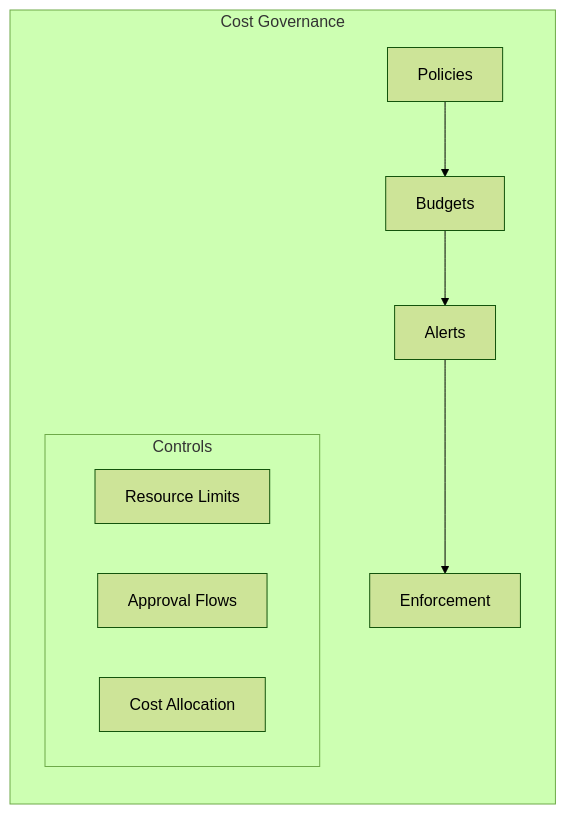
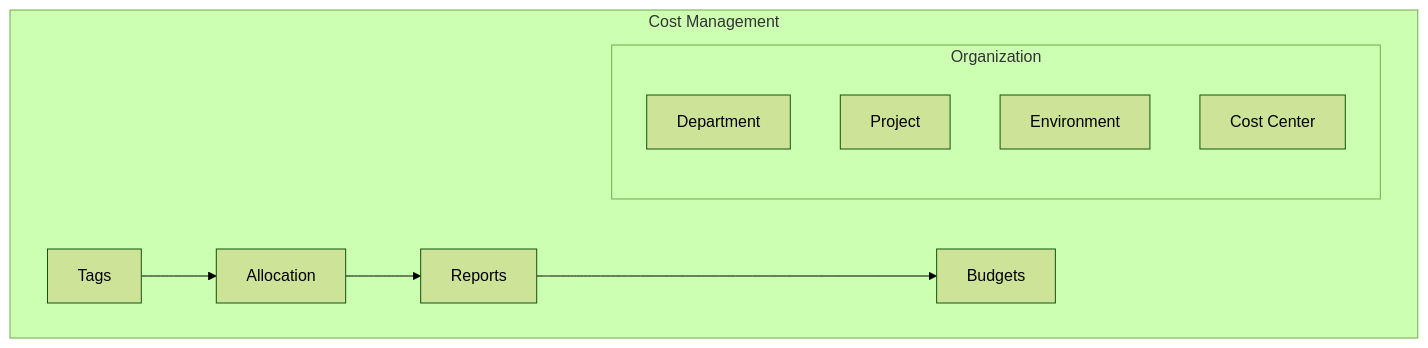
One commit to saravanakumarrc/Architecture_Journey changed the fourth of 4 diagrams in src/Cost_Optimization_Strategies.md. Above: the diagram before and after it, drawn with Mermaid (forest theme). The commit also changed other lines of this file and 3 other files, not shown here.

````diff
--- a/src/Cost_Optimization_Strategies.md
+++ b/src/Cost_Optimization_Strategies.md
@@ -247,16 +246,15 @@
 ```mermaid
 graph TB
-    subgraph "Cost Governance"
-        direction TB
+    subgraph "Cost Management"
+        T[Tags] --> A[Allocation]
+        A --> R[Reports]
+        R --> B[Budgets]
         
-        P[Policies] --> B[Budgets]
-        B --> A[Alerts]
-        A --> E[Enforcement]
-        
-        subgraph "Controls"
-            C1[Resource Limits]
-            C2[Approval Flows]
-            C3[Cost Allocation]
+        subgraph "Organization"
+            DEPT[Department]
+            PROJ[Project]
+            ENV[Environment]
+            COST[Cost Center]
         end
     end
 ```
````
